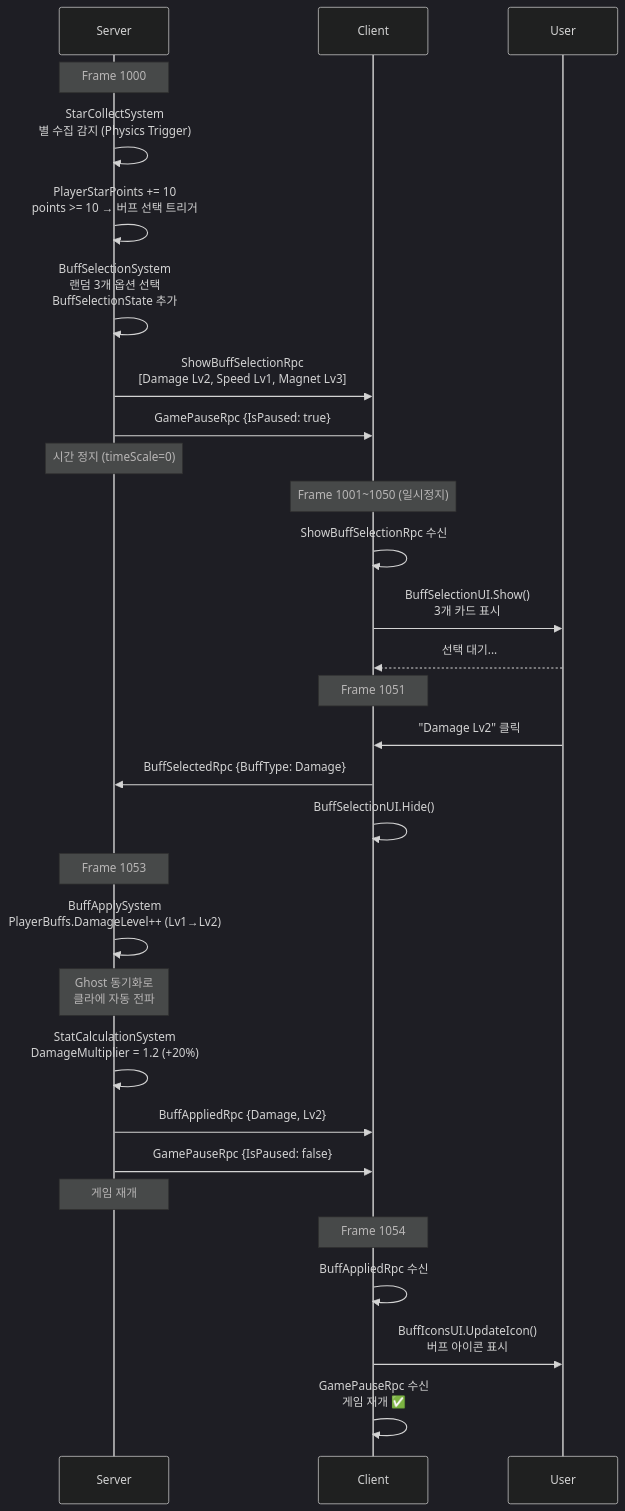
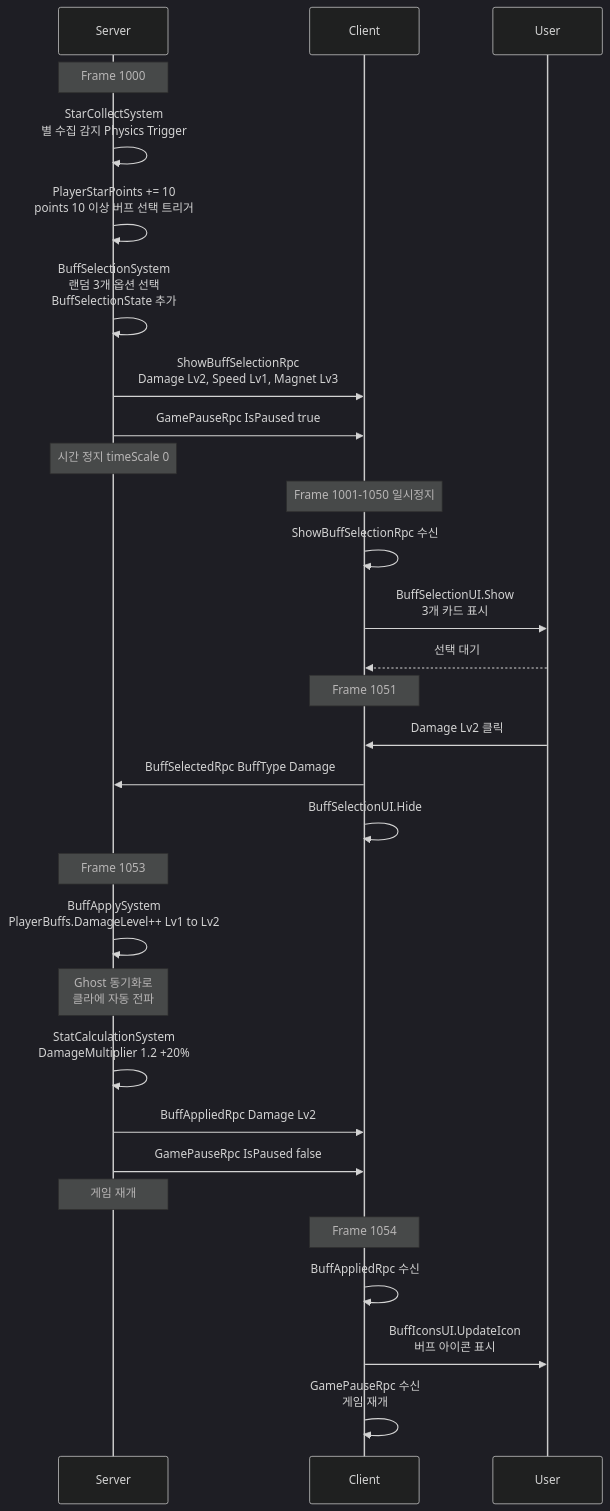
The seventh of 8 diagrams in README.md (lmo0317/projectc), drawn with Mermaid (dark theme) before and after one commit. The commit also changed other lines of this file, not shown here.

````diff
--- a/README.md
+++ b/README.md
@@ -645,37 +642,37 @@
 ```mermaid
 sequenceDiagram
     participant S as Server
     participant C as Client
     participant U as User
 
     Note over S: Frame 1000
-    S->>S: StarCollectSystem<br/>별 수집 감지 (Physics Trigger)
-    S->>S: PlayerStarPoints += 10<br/>points >= 10 → 버프 선택 트리거
+    S->>S: StarCollectSystem<br/>별 수집 감지 Physics Trigger
+    S->>S: PlayerStarPoints += 10<br/>points 10 이상 버프 선택 트리거
     S->>S: BuffSelectionSystem<br/>랜덤 3개 옵션 선택<br/>BuffSelectionState 추가
-    S->>C: ShowBuffSelectionRpc<br/>[Damage Lv2, Speed Lv1, Magnet Lv3]
-    S->>C: GamePauseRpc {IsPaused: true}
-    Note over S: 시간 정지 (timeScale=0)
+    S->>C: ShowBuffSelectionRpc<br/>Damage Lv2, Speed Lv1, Magnet Lv3
+    S->>C: GamePauseRpc IsPaused true
+    Note over S: 시간 정지 timeScale 0
 
-    Note over C: Frame 1001~1050 (일시정지)
+    Note over C: Frame 1001-1050 일시정지
     C->>C: ShowBuffSelectionRpc 수신
-    C->>U: BuffSelectionUI.Show()<br/>3개 카드 표시
-    U-->>C: 선택 대기...
+    C->>U: BuffSelectionUI.Show<br/>3개 카드 표시
+    U-->>C: 선택 대기
 
     Note over C: Frame 1051
-    U->>C: "Damage Lv2" 클릭
-    C->>S: BuffSelectedRpc {BuffType: Damage}
-    C->>C: BuffSelectionUI.Hide()
+    U->>C: Damage Lv2 클릭
+    C->>S: BuffSelectedRpc BuffType Damage
+    C->>C: BuffSelectionUI.Hide
 
     Note over S: Frame 1053
-    S->>S: BuffApplySystem<br/>PlayerBuffs.DamageLevel++ (Lv1→Lv2)
+    S->>S: BuffApplySystem<br/>PlayerBuffs.DamageLevel++ Lv1 to Lv2
     Note over S: Ghost 동기화로<br/>클라에 자동 전파
-    S->>S: StatCalculationSystem<br/>DamageMultiplier = 1.2 (+20%)
-    S->>C: BuffAppliedRpc {Damage, Lv2}
-    S->>C: GamePauseRpc {IsPaused: false}
+    S->>S: StatCalculationSystem<br/>DamageMultiplier 1.2 +20%
+    S->>C: BuffAppliedRpc Damage Lv2
+    S->>C: GamePauseRpc IsPaused false
     Note over S: 게임 재개
 
     Note over C: Frame 1054
     C->>C: BuffAppliedRpc 수신
-    C->>U: BuffIconsUI.UpdateIcon()<br/>버프 아이콘 표시
-    C->>C: GamePauseRpc 수신<br/>게임 재개 ✅
+    C->>U: BuffIconsUI.UpdateIcon<br/>버프 아이콘 표시
+    C->>C: GamePauseRpc 수신<br/>게임 재개
 ```
````
